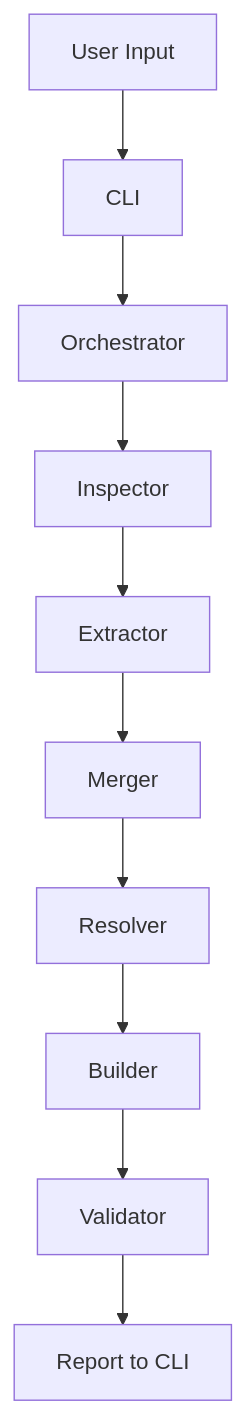
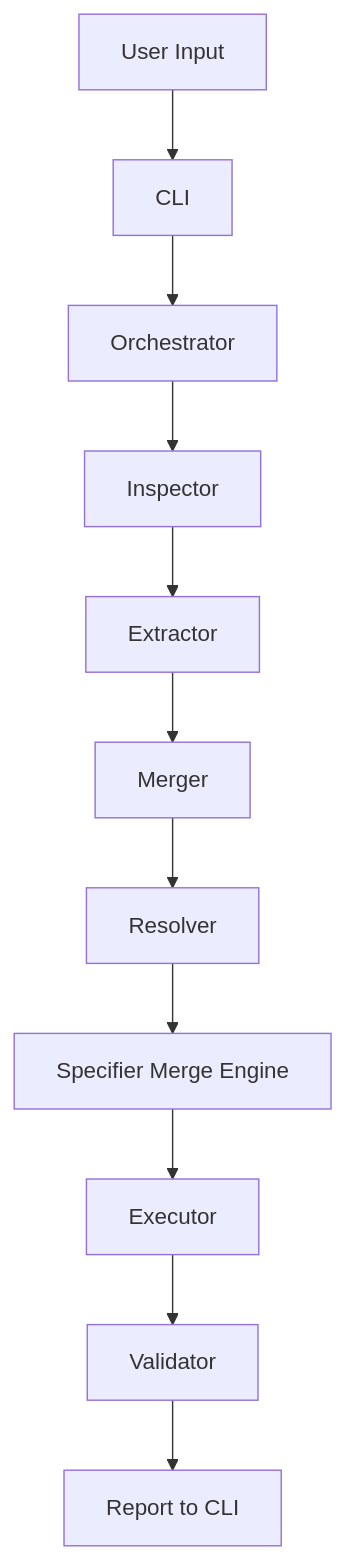
One commit to vishwanathdvgmm/pyvenvmerge changed the second of 2 diagrams in ARCHITECTURE.md. Above: the diagram before and after it, drawn with Mermaid. The commit also changed other lines of this file and 8 other files, not shown here.

````diff
--- a/ARCHITECTURE.md
+++ b/ARCHITECTURE.md
@@ -293,20 +307,21 @@
 ```mermaid
 flowchart TD
     A[User Input]
     B[CLI]
     C[Orchestrator]
 
     D[Inspector]
     E[Extractor]
     F[Merger]
     G[Resolver]
+    S[Specifier Merge Engine]
 
-    H[Builder]
+    H[Executor]
     I[Validator]
     J[Report to CLI]
 
     A --> B --> C
     C --> D
     D --> E --> F --> G
-    G --> H --> I --> J
+    G --> S --> H --> I --> J
 ```
````
